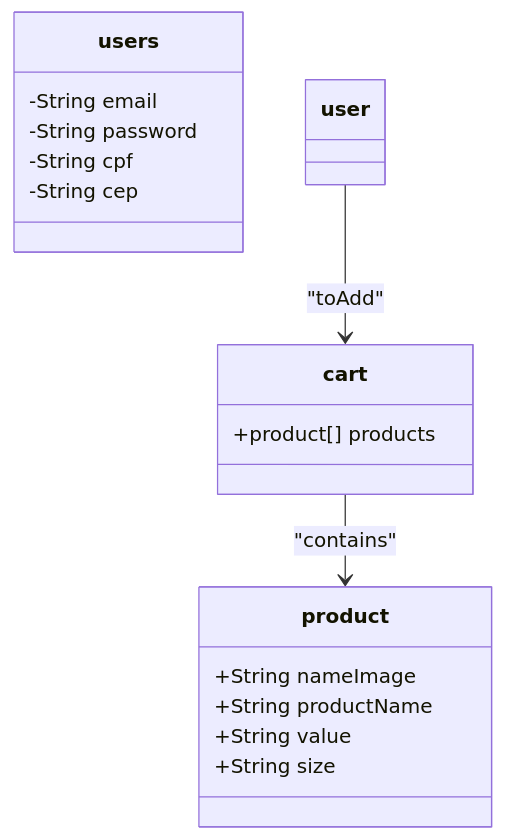
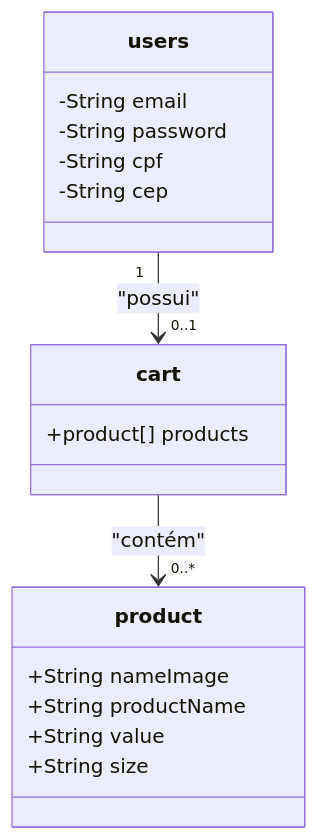
The diagram in README.md (Matheussmaced/ecommerce-backend), drawn with Mermaid before and after one commit.

Commit message:
feat: relating

````diff
--- a/README.md
+++ b/README.md
@@ -1,23 +1,24 @@
 ```mermaid
 classDiagram
     class users {
         -String email
         -String password
         -String cpf
         -String cep
     }
 
     class product {
         +String nameImage
         +String productName
         +String value
         +String size
     }
 
     class cart {
         +product[] products
     }
 
-    user --> cart : "toAdd"
-    cart --> product : "contains"
+    users "1" --> "0..1" cart : "possui"
+    cart --> "0..*" product : "contém"
+
 ```
````
